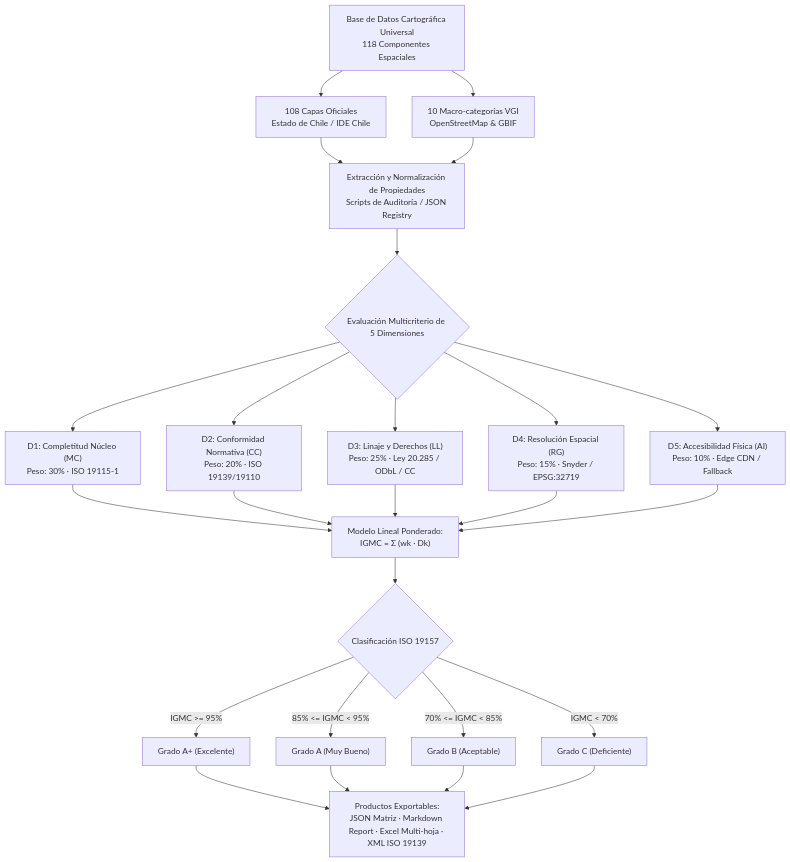
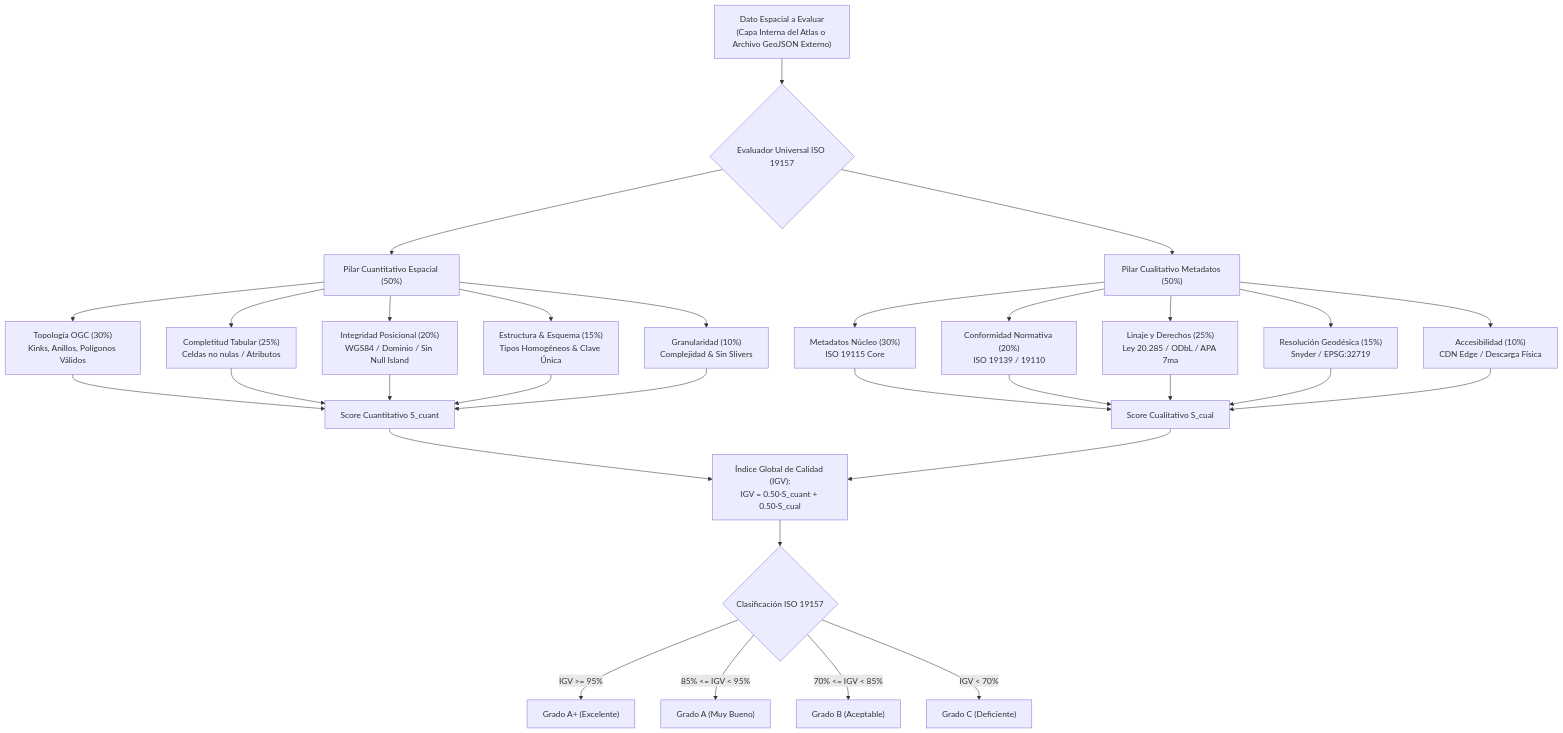
Before and after one commit to GEOJOTA/atlas_vgi_territorial: the first of 4 diagrams in src/docs/ANALISIS_METACALIDAD.md, drawn with Mermaid. The commit also changed other lines of this file and 9 other files, not shown here.

Commit message:
feat(calidad): implementacion de evaluador universal espacial, topologia e indice IGV ISO 19157

````diff
--- a/src/docs/ANALISIS_METACALIDAD.md
+++ b/src/docs/ANALISIS_METACALIDAD.md
@@ -76,20 +83,24 @@
 ```mermaid
 flowchart TD
-    A["Base de Datos Cartográfica Universal<br/>118 Componentes Espaciales"] --> B1["108 Capas Oficiales<br/>Estado de Chile / IDE Chile"]
-    A --> B2["10 Macro-categorías VGI<br/>OpenStreetMap & GBIF"]
-    B1 --> C["Extracción y Normalización de Propiedades<br/>Scripts de Auditoría / JSON Registry"]
-    B2 --> C
-    C --> D{"Evaluación Multicriterio de 5 Dimensiones"}
-    D --> E1["D1: Completitud Núcleo (MC)<br/>Peso: 30% · ISO 19115-1"]
-    D --> E2["D2: Conformidad Normativa (CC)<br/>Peso: 20% · ISO 19139/19110"]
-    D --> E3["D3: Linaje y Derechos (LL)<br/>Peso: 25% · Ley 20.285 / ODbL / CC"]
-    D --> E4["D4: Resolución Espacial (RG)<br/>Peso: 15% · Snyder / EPSG:32719"]
-    D --> E5["D5: Accesibilidad Física (AI)<br/>Peso: 10% · Edge CDN / Fallback"]
-    E1 & E2 & E3 & E4 & E5 --> F["Modelo Lineal Ponderado:<br/>IGMC = Σ (wk · Dk)"]
-    F --> G{"Clasificación ISO 19157"}
-    G -->|IGMC >= 95%| H1["Grado A+ (Excelente)"]
-    G -->|85% <= IGMC < 95%| H2["Grado A (Muy Bueno)"]
-    G -->|70% <= IGMC < 85%| H3["Grado B (Aceptable)"]
-    G -->|IGMC < 70%| H4["Grado C (Deficiente)"]
-    H1 & H2 & H3 & H4 --> I["Productos Exportables:<br/>JSON Matriz · Markdown Report · Excel Multi-hoja · XML ISO 19139"]
+    DATA["Dato Espacial a Evaluar<br/>(Capa Interna del Atlas o Archivo GeoJSON Externo)"] --> ARQ{"Evaluador Universal ISO 19157"}
+    ARQ --> CUANT["Pilar Cuantitativo Espacial (50%)"]
+    ARQ --> CUAL["Pilar Cualitativo Metadatos (50%)"]
+    CUANT --> Q1["Topología OGC (30%)<br/>Kinks, Anillos, Polígonos Válidos"]
+    CUANT --> Q2["Completitud Tabular (25%)<br/>Celdas no nulas / Atributos"]
+    CUANT --> Q3["Integridad Posicional (20%)<br/>WGS84 / Dominio / Sin Null Island"]
+    CUANT --> Q4["Estructura & Esquema (15%)<br/>Tipos Homogéneos & Clave Única"]
+    CUANT --> Q5["Granularidad (10%)<br/>Complejidad & Sin Slivers"]
+    CUAL --> C1["Metadatos Núcleo (30%)<br/>ISO 19115 Core"]
+    CUAL --> C2["Conformidad Normativa (20%)<br/>ISO 19139 / 19110"]
+    CUAL --> C3["Linaje y Derechos (25%)<br/>Ley 20.285 / ODbL / APA 7ma"]
+    CUAL --> C4["Resolución Geodésica (15%)<br/>Snyder / EPSG:32719"]
+    CUAL --> C5["Accesibilidad (10%)<br/>CDN Edge / Descarga Física"]
+    Q1 & Q2 & Q3 & Q4 & Q5 --> SC["Score Cuantitativo S_cuant"]
+    C1 & C2 & C3 & C4 & C5 --> SL["Score Cualitativo S_cual"]
+    SC & SL --> IGV["Índice Global de Calidad (IGV):<br/>IGV = 0.50·S_cuant + 0.50·S_cual"]
+    IGV --> G{"Clasificación ISO 19157"}
+    G -->|IGV >= 95%| H1["Grado A+ (Excelente)"]
+    G -->|85% <= IGV < 95%| H2["Grado A (Muy Bueno)"]
+    G -->|70% <= IGV < 85%| H3["Grado B (Aceptable)"]
+    G -->|IGV < 70%| H4["Grado C (Deficiente)"]
 ```
````
